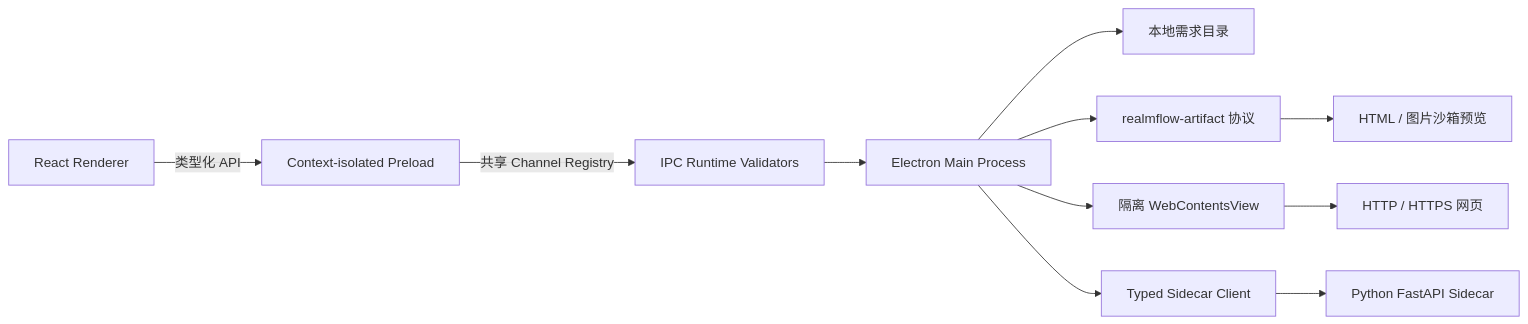
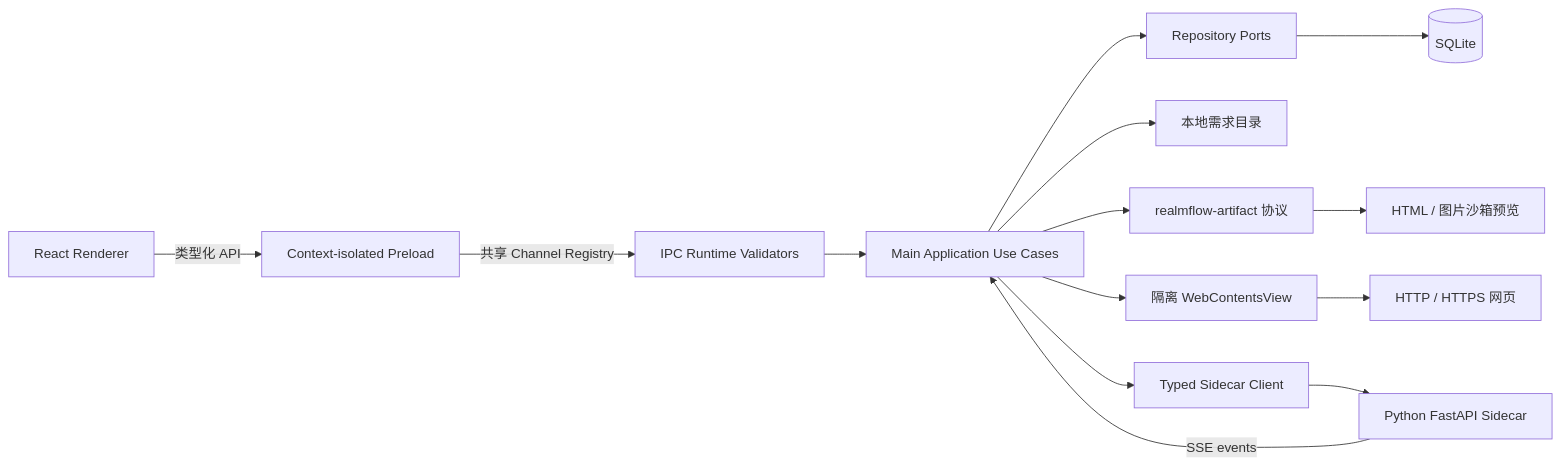
Before and after one commit to Qbian61/realmflow: the diagram in README.md, drawn with Mermaid. The commit also changed other lines of this file and 167 other files, not shown here.

````diff
--- a/README.md
+++ b/README.md
@@ -40,13 +47,16 @@
 ```mermaid
 flowchart LR
   UI[React Renderer] -->|类型化 API| Preload[Context-isolated Preload]
   Preload -->|共享 Channel Registry| Validate[IPC Runtime Validators]
-  Validate --> Main[Electron Main Process]
-  Main --> FS[本地需求目录]
-  Main --> Protocol[realmflow-artifact 协议]
+  Validate --> UseCase[Main Application Use Cases]
+  UseCase --> Ports[Repository Ports]
+  Ports --> SQLite[(SQLite)]
+  UseCase --> FS[本地需求目录]
+  UseCase --> Protocol[realmflow-artifact 协议]
   Protocol --> Preview[HTML / 图片沙箱预览]
-  Main --> WebView[隔离 WebContentsView]
+  UseCase --> WebView[隔离 WebContentsView]
   WebView --> Web[HTTP / HTTPS 网页]
-  Main --> Client[Typed Sidecar Client]
+  UseCase --> Client[Typed Sidecar Client]
   Client --> Sidecar[Python FastAPI Sidecar]
+  Sidecar -->|SSE events| UseCase
 ```
````
